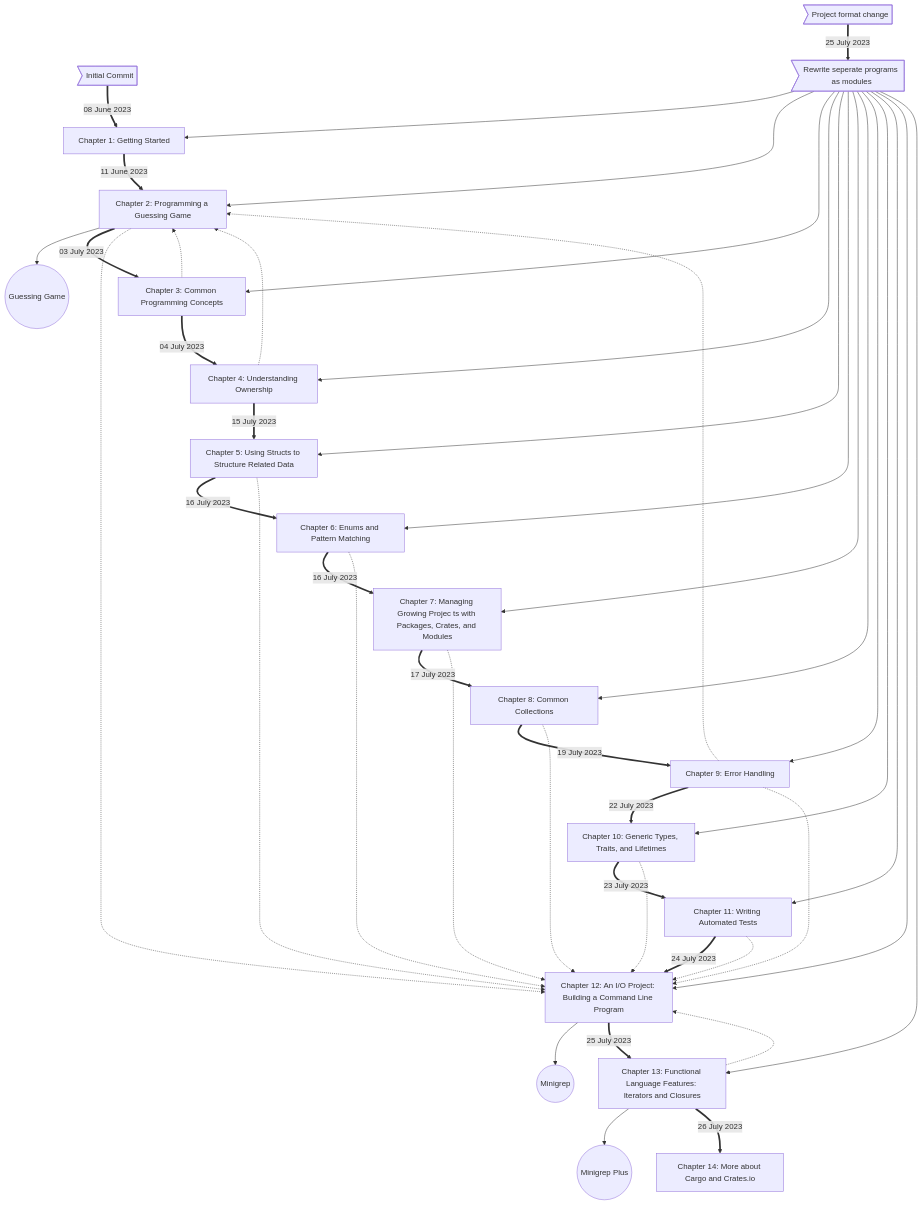
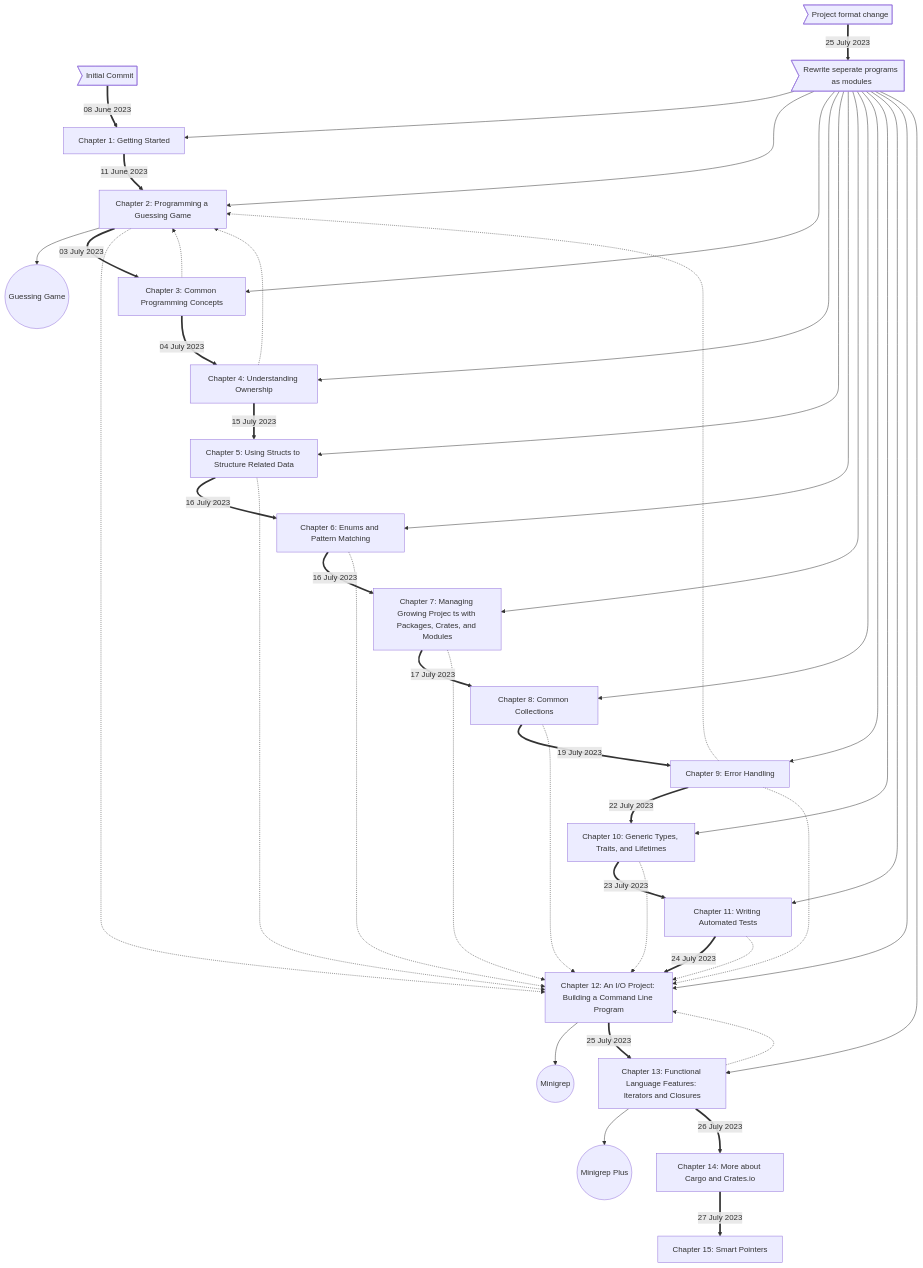
The diagram in README.md (c4collins/the-rust-programming-language-rust-2021), drawn with Mermaid before and after one commit. The commit also changed 8 other files, not shown here.

````diff
--- a/README.md
+++ b/README.md
@@ -19,56 +19,58 @@
 ```mermaid 
 flowchart TD
     0> Initial Commit ] == 08 June 2023 ==> 1[Chapter 1: Getting Started]
     1 == 11 June 2023 ==> 2[Chapter 2: Programming a Guessing Game]
     2 --> P1((Guessing Game))
 
     2 == 03 July 2023 ==> 3[Chapter 3: Common Programming Concepts]
     3 -.-> 2
 
     3 == 04 July 2023 ==> 4[Chapter 4: Understanding Ownership]
     4 -.-> 2
 
     4 == 15 July 2023 ==> 5[Chapter 5: Using Structs to Structure Related Data]
     5 == 16 July 2023 ==> 6[Chapter 6: Enums and Pattern Matching]
     6 == 16 July 2023 ==> 7[Chapter 7: Managing Growing Projec ts with Packages, Crates, and Modules]
     7 == 17 July 2023 ==> 8[Chapter 8: Common Collections]
     8 == 19 July 2023 ==> 9[Chapter 9: Error Handling]
 
     9 == 22 July 2023 ==> 10[Chapter 10: Generic Types, Traits, and Lifetimes]
     9 -.-> 2
 
     10 == 23 July 2023 ==> 11[Chapter 11: Writing Automated Tests]
 
     11 == 24 July 2023 ==> 12[Chapter 12: An I/O Project: Building a Command Line Program]
     2 -.-> 12
     5 -.-> 12
     6 -.-> 12
     7 -.-> 12
     8 -.-> 12
     9 -.-> 12
     10 -.-> 12
     11 -.-> 12
     12 --> P2((Minigrep))
 
 
     00> Project format change ] == 25 July 2023 ==> 000> Rewrite seperate programs as modules ]
     000 --> 1
     000 --> 2
     000 --> 3
     000 --> 4
     000 --> 5
     000 --> 6
     000 --> 7
     000 --> 8
     000 --> 9
     000 --> 10
     000 --> 11
     000 --> 12
     000 --> 13
 
     12 == 25 July 2023 ==> 13[Chapter 13: Functional Language Features: Iterators and Closures]
     13 -.-> 12
     13 --> P3((Minigrep Plus))
 
     13 == 26 July 2023 ==> 14[Chapter 14: More about Cargo and Crates.io]
+
+    14 == 27 July 2023 ==> 15[Chapter 15: Smart Pointers]
 ```
````
